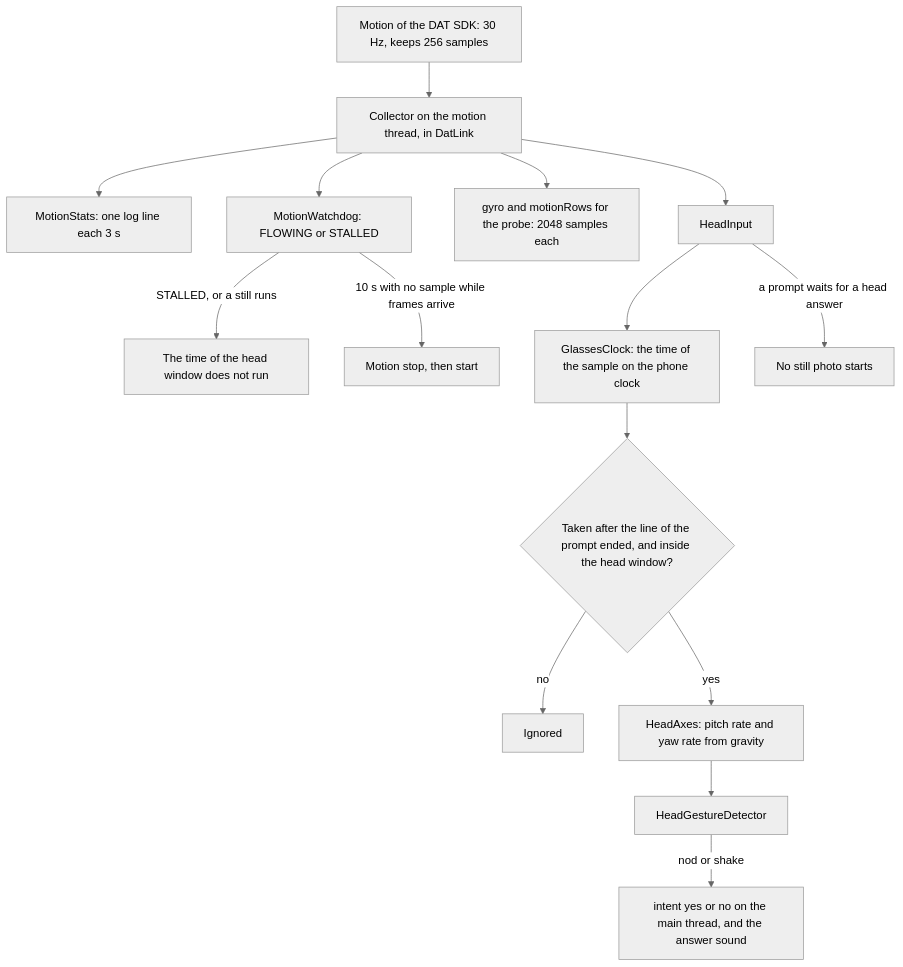
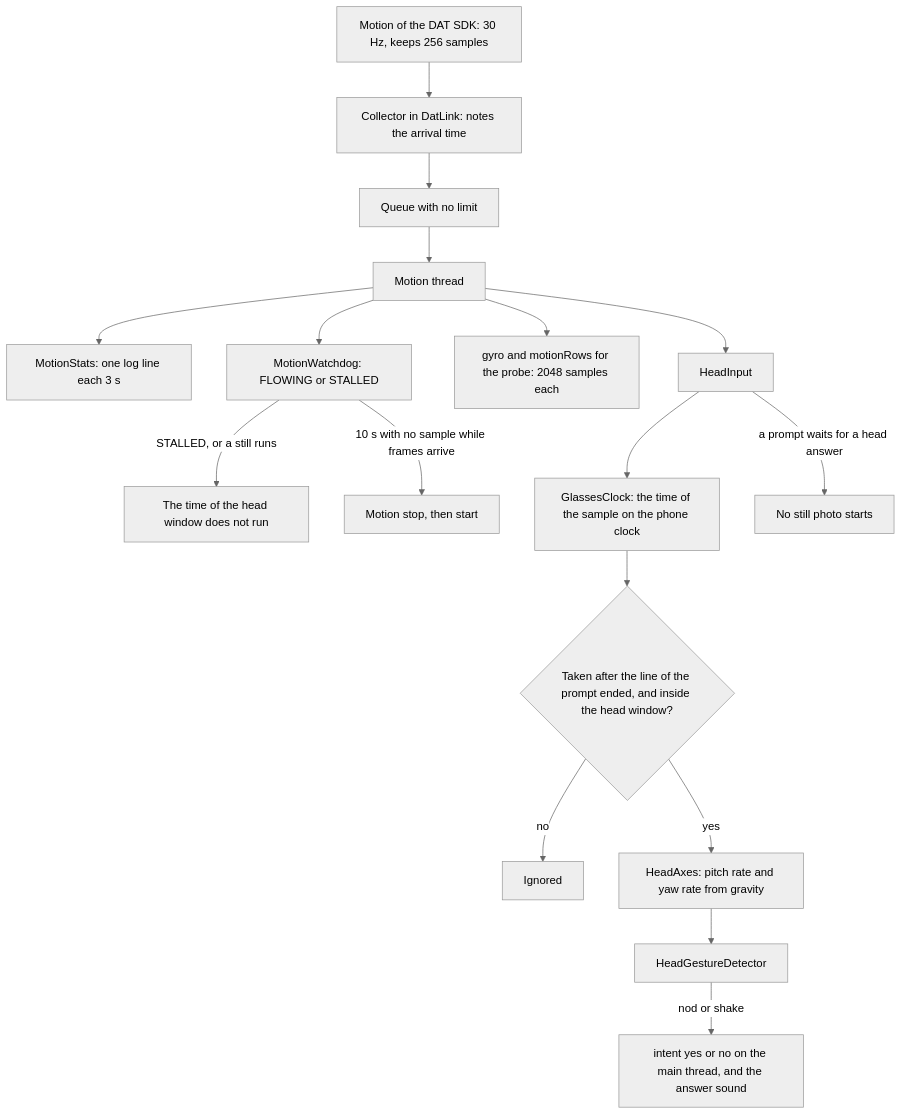
The fifth of 7 diagrams in apps/mobile/android/README.md (mrBymax/glance), drawn with Mermaid (neutral theme) before and after one commit. The commit also changed other lines of this file and 1 other file, not shown here.

Commit message:
fix(android): move each motion sample into a queue before the work for it
The collector called the head input for each sample. After a stall the
SDK gives more than 256 samples at once, and it keeps only 256 for a
reader that is behind. So the reader must be as fast as it can be.

The collector now only puts the sample with its arrival time into a
queue with no limit, and the motion thread does the work for it.

````diff
--- a/apps/mobile/android/README.md
+++ b/apps/mobile/android/README.md
@@ -311,17 +311,19 @@
 ```mermaid
 flowchart TD
-    Sdk[Motion of the DAT SDK: 30 Hz, keeps 256 samples] --> Collector[Collector on the motion thread, in DatLink]
-    Collector --> Stats[MotionStats: one log line each 3 s]
-    Collector --> Dog[MotionWatchdog: FLOWING or STALLED]
-    Collector --> Flows[gyro and motionRows for the probe: 2048 samples each]
-    Collector --> Head[HeadInput]
+    Sdk[Motion of the DAT SDK: 30 Hz, keeps 256 samples] --> Collector[Collector in DatLink: notes the arrival time]
+    Collector --> Queue[Queue with no limit]
+    Queue --> Thread[Motion thread]
+    Thread --> Stats[MotionStats: one log line each 3 s]
+    Thread --> Dog[MotionWatchdog: FLOWING or STALLED]
+    Thread --> Flows[gyro and motionRows for the probe: 2048 samples each]
+    Thread --> Head[HeadInput]
     Head --> Clock[GlassesClock: the time of the sample on the phone clock]
     Clock --> Window{Taken after the line of the prompt ended, and inside the head window?}
     Window -- no --> Ignored[Ignored]
     Window -- yes --> Axes[HeadAxes: pitch rate and yaw rate from gravity]
     Axes --> Detector[HeadGestureDetector]
     Detector -- nod or shake --> Answer[intent yes or no on the main thread, and the answer sound]
     Dog -- STALLED, or a still runs --> Pause[The time of the head window does not run]
     Dog -- 10 s with no sample while frames arrive --> Restart[Motion stop, then start]
     Head -- a prompt waits for a head answer --> Hold[No still photo starts]
 ```
````
